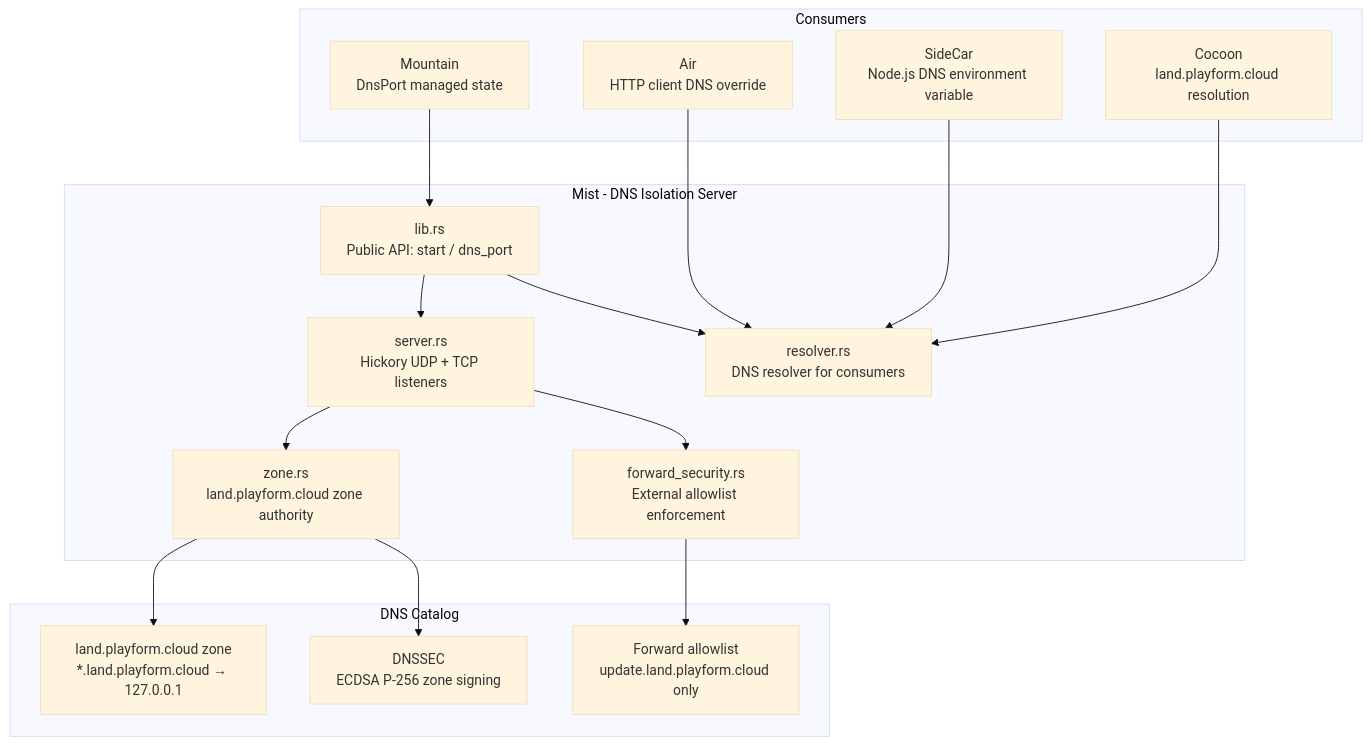
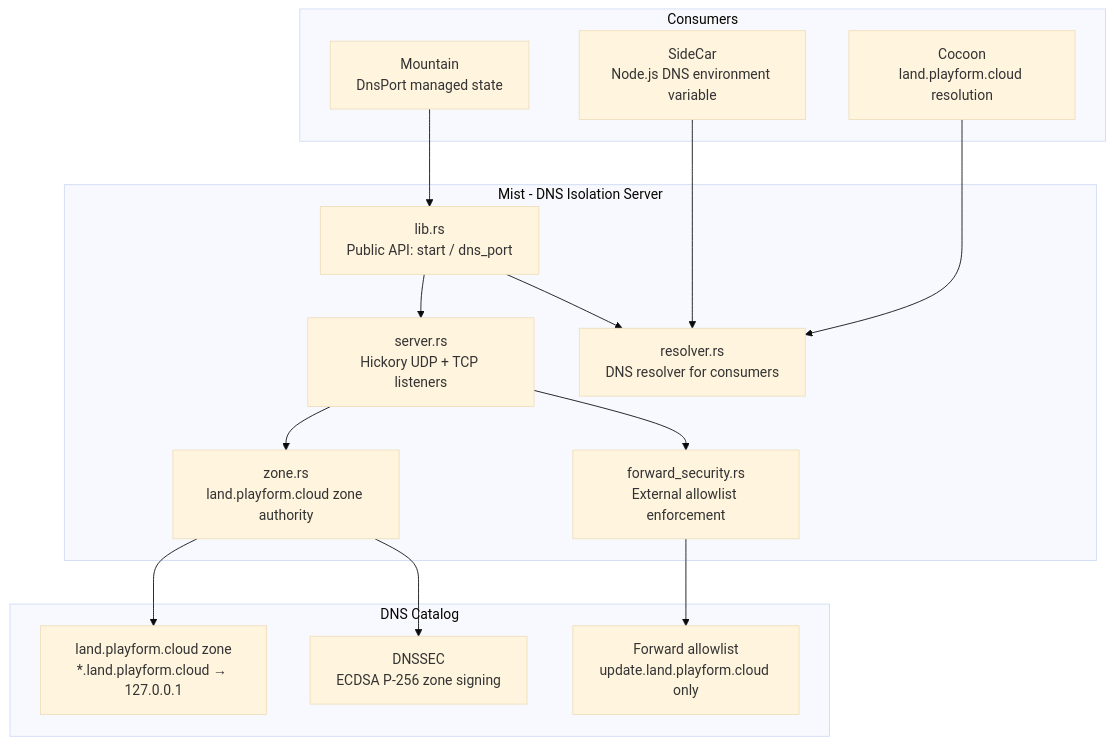
The first of 2 diagrams in Documentation/GitHub/DeepDive.md (CodeEditorLand/Mist), drawn with Mermaid (base theme) before and after one commit. The commit also changed other lines of this file and 4 other files, not shown here.

First line of the commit message:
docs(Mist): Remove `Air` from DNS resolver consumers

````diff
--- a/Documentation/GitHub/DeepDive.md
+++ b/Documentation/GitHub/DeepDive.md
@@ -18,35 +18,33 @@
 ```mermaid
 graph TB
     subgraph "Mist - DNS Isolation Server"
         LibRS["lib.rs\nPublic API: start / dns_port"]
         ServerRS["server.rs\nHickory UDP + TCP listeners"]
         ZoneRS["zone.rs\nland.playform.cloud zone authority"]
         ResolverRS["resolver.rs\nDNS resolver for consumers"]
         ForwardSecurity["forward_security.rs\nExternal allowlist enforcement"]
     end
 
     subgraph "DNS Catalog"
         AuthZone["land.playform.cloud zone\n*.land.playform.cloud → 127.0.0.1"]
         ForwardZone["Forward allowlist\nupdate.land.playform.cloud only"]
         DNSSEC["DNSSEC\nECDSA P-256 zone signing"]
     end
 
     subgraph "Consumers"
         Mountain["Mountain\nDnsPort managed state"]
-        Air["Air\nHTTP client DNS override"]
         SideCar["SideCar\nNode.js DNS environment variable"]
         Cocoon["Cocoon\nland.playform.cloud resolution"]
     end
 
     LibRS --> ServerRS
     ServerRS --> ZoneRS
     ServerRS --> ForwardSecurity
     ZoneRS --> AuthZone
     ZoneRS --> DNSSEC
     ForwardSecurity --> ForwardZone
     LibRS --> ResolverRS
     Mountain --> LibRS
-    Air --> ResolverRS
     SideCar --> ResolverRS
     Cocoon --> ResolverRS
 ```
````
